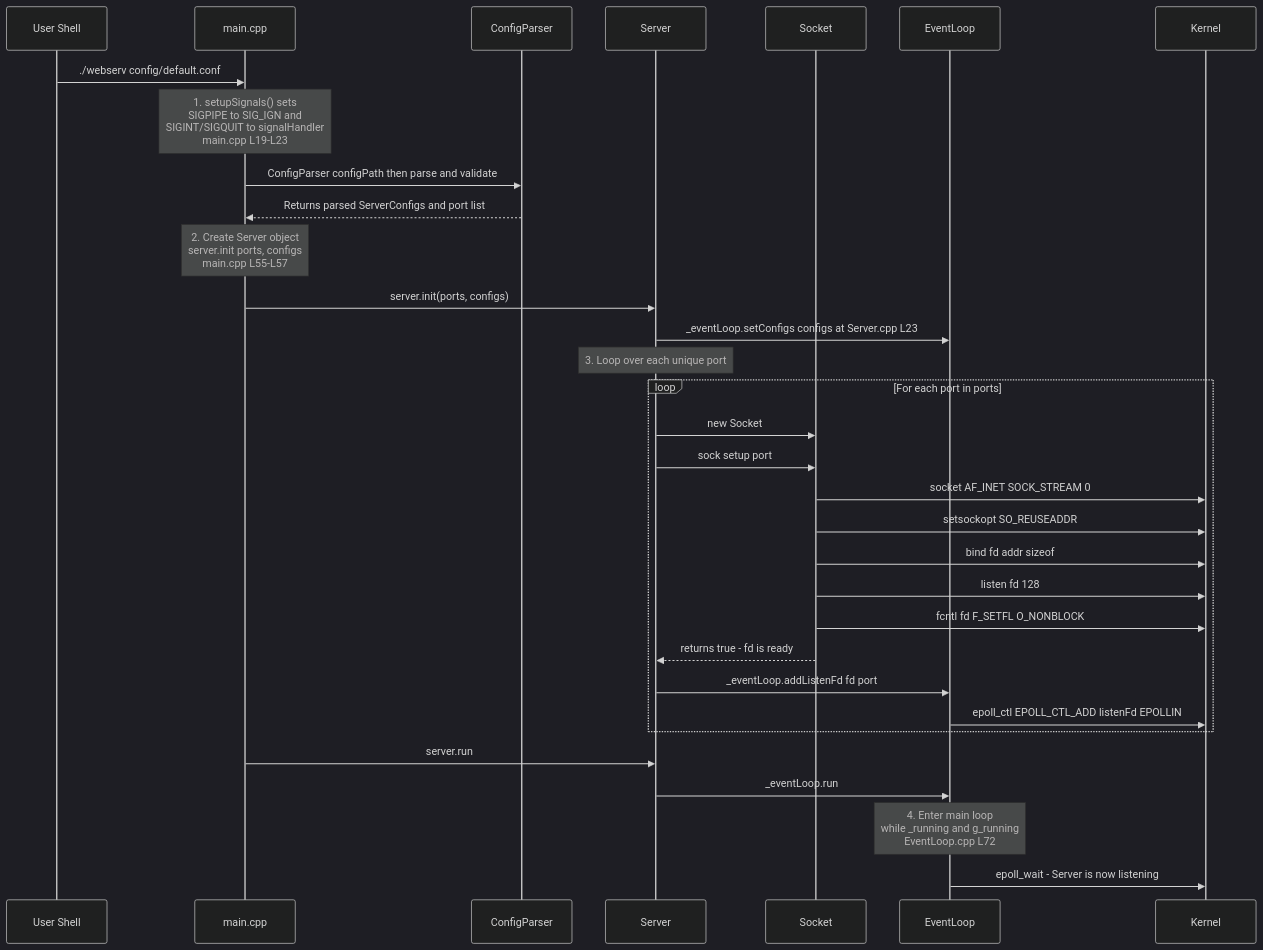
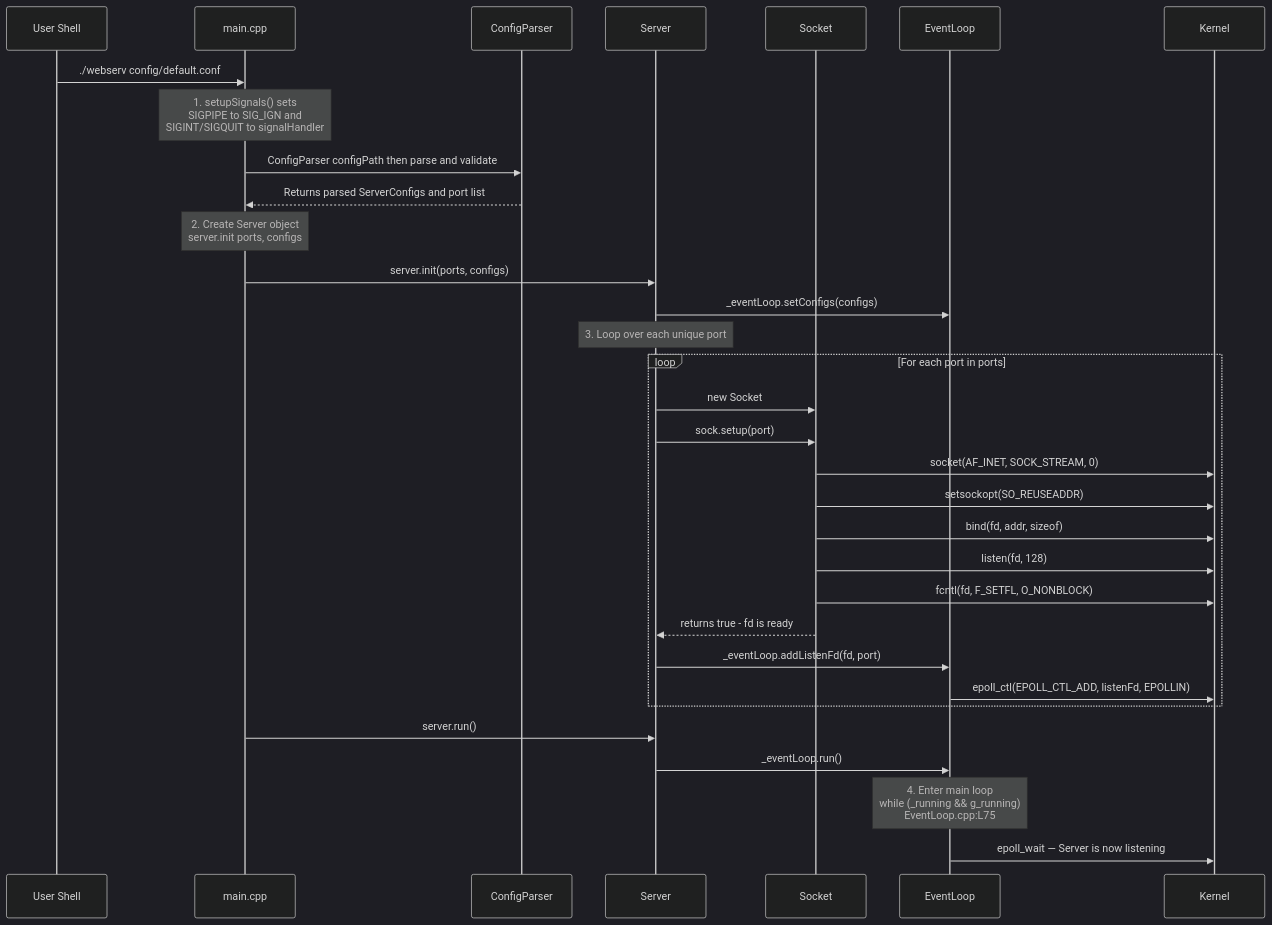
Before and after one commit to aziddineelm/Webserv: the second of 7 diagrams in README/personAtmp/architecture_and_flow_diagrams.md, drawn with Mermaid (dark theme). The commit also changed other lines of this file and 1 other file, not shown here.

Commit message:
docs: update architecture documentation and remove redundant phase concepts file

````diff
--- a/README/personAtmp/architecture_and_flow_diagrams.md
+++ b/README/personAtmp/architecture_and_flow_diagrams.md
@@ -200,44 +206,44 @@
 ```mermaid
 sequenceDiagram
     participant U as User Shell
     participant M as main.cpp
     participant CP as ConfigParser
     participant S as Server
     participant Sk as Socket
     participant EL as EventLoop
     participant K as Kernel
 
     U->>M: ./webserv config/default.conf
     
-    Note over M: 1. setupSignals() sets<br/>SIGPIPE to SIG_IGN and<br/>SIGINT/SIGQUIT to signalHandler<br/>main.cpp L19-L23
+    Note over M: 1. setupSignals() sets<br/>SIGPIPE to SIG_IGN and<br/>SIGINT/SIGQUIT to signalHandler
 
     M->>CP: ConfigParser configPath then parse and validate
     CP-->>M: Returns parsed ServerConfigs and port list
     
-    Note over M: 2. Create Server object<br/>server.init ports, configs<br/>main.cpp L55-L57
+    Note over M: 2. Create Server object<br/>server.init ports, configs
 
     M->>S: server.init(ports, configs)
-    S->>EL: _eventLoop.setConfigs configs at Server.cpp L23
+    S->>EL: _eventLoop.setConfigs(configs)
     
     Note over S: 3. Loop over each unique port
 
     loop For each port in ports
         S->>Sk: new Socket
-        S->>Sk: sock setup port
-        Sk->>K: socket AF_INET SOCK_STREAM 0
-        Sk->>K: setsockopt SO_REUSEADDR
-        Sk->>K: bind fd addr sizeof
-        Sk->>K: listen fd 128
-        Sk->>K: fcntl fd F_SETFL O_NONBLOCK
+        S->>Sk: sock.setup(port)
+        Sk->>K: socket(AF_INET, SOCK_STREAM, 0)
+        Sk->>K: setsockopt(SO_REUSEADDR)
+        Sk->>K: bind(fd, addr, sizeof)
+        Sk->>K: listen(fd, 128)
+        Sk->>K: fcntl(fd, F_SETFL, O_NONBLOCK)
         Sk-->>S: returns true - fd is ready
-        S->>EL: _eventLoop.addListenFd fd port
-        EL->>K: epoll_ctl EPOLL_CTL_ADD listenFd EPOLLIN
+        S->>EL: _eventLoop.addListenFd(fd, port)
+        EL->>K: epoll_ctl(EPOLL_CTL_ADD, listenFd, EPOLLIN)
     end
 
-    M->>S: server.run
-    S->>EL: _eventLoop.run
+    M->>S: server.run()
+    S->>EL: _eventLoop.run()
     
-    Note over EL: 4. Enter main loop<br/>while _running and g_running<br/>EventLoop.cpp L72
-    
-    EL->>K: epoll_wait - Server is now listening
+    Note over EL: 4. Enter main loop<br/>while (_running && g_running)<br/>EventLoop.cpp:L75
+
+    EL->>K: epoll_wait — Server is now listening
 ```
````
